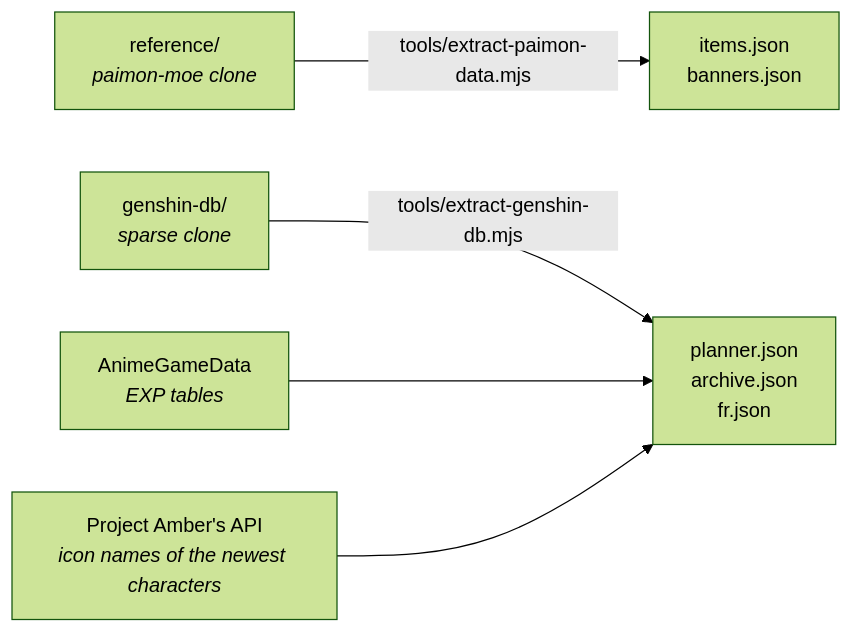
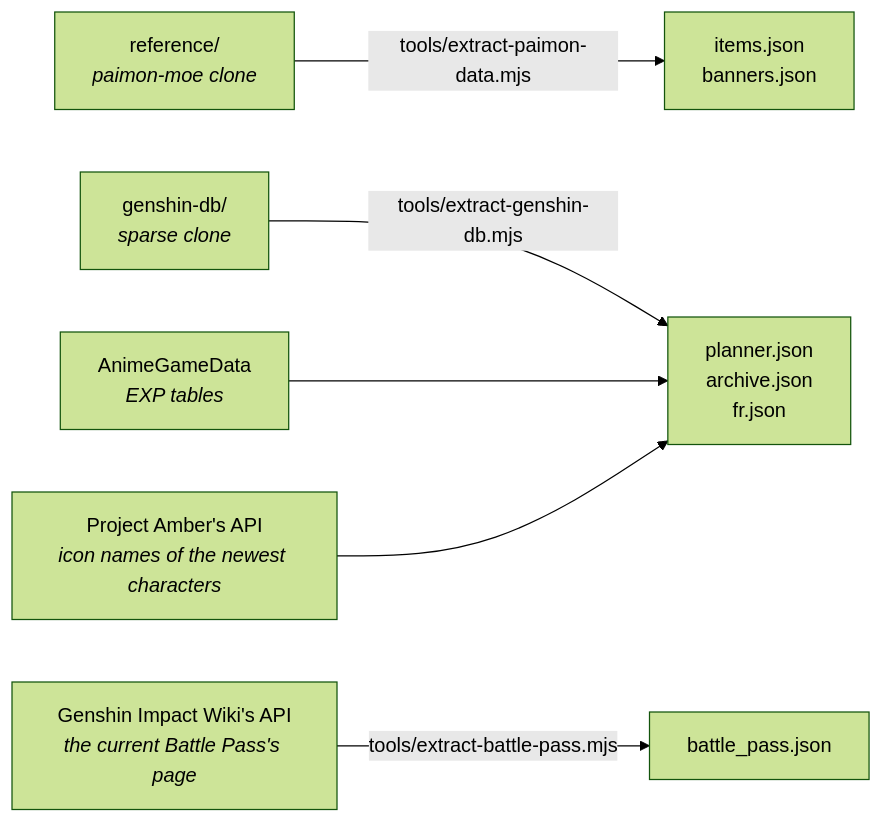
Before and after one commit to Deltouille/genshin-companion-rust: the diagram in docs/architecture/game-data.md, drawn with Mermaid (forest theme). The commit also changed other lines of this file and 40 other files, not shown here.

First line of the commit message:
The Battle Pass in the planner

````diff
--- a/docs/architecture/game-data.md
+++ b/docs/architecture/game-data.md
@@ -17,7 +18,8 @@
 ```mermaid
 graph LR
     paimon["reference/<br/><i>paimon-moe clone</i>"] -->|"tools/extract-paimon-data.mjs"| wishdata["items.json<br/>banners.json"]
     gdb["genshin-db/<br/><i>sparse clone</i>"] -->|"tools/extract-genshin-db.mjs"| plannerdata["planner.json<br/>archive.json<br/>fr.json"]
     agd["AnimeGameData<br/><i>EXP tables</i>"] --> plannerdata
     amber["Project Amber's API<br/><i>icon names of the newest characters</i>"] --> plannerdata
+    wiki["Genshin Impact Wiki's API<br/><i>the current Battle Pass's page</i>"] -->|"tools/extract-battle-pass.mjs"| passdata["battle_pass.json"]
 ```
````
